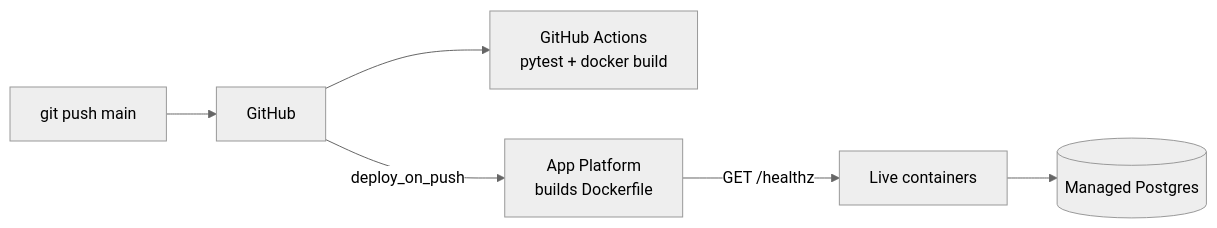
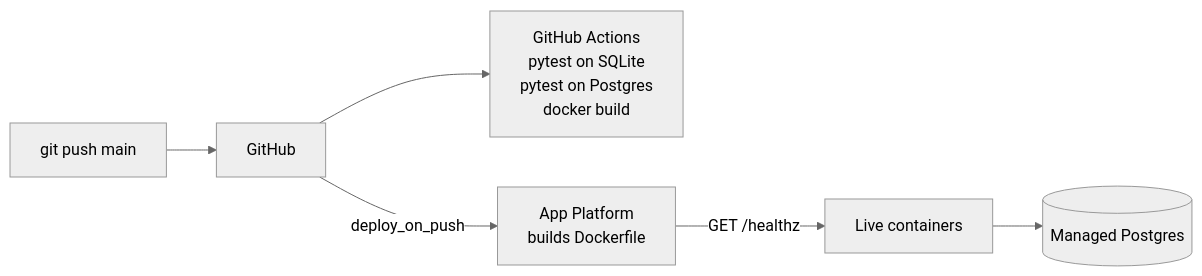
One commit to JulianMcOmie/url-shortener changed the second of 2 diagrams in README.md. Above: the diagram before and after it, drawn with Mermaid (neutral theme). The commit also changed other lines of this file and 2 other files, not shown here.

````diff
--- a/README.md
+++ b/README.md
@@ -126,8 +127,8 @@
 ```mermaid
 flowchart LR
     Dev[git push main] --> GH[GitHub]
-    GH --> CI["GitHub Actions<br/>pytest + docker build"]
+    GH --> CI["GitHub Actions<br/>pytest on SQLite<br/>pytest on Postgres<br/>docker build"]
     GH -- "deploy_on_push" --> AP["App Platform<br/>builds Dockerfile"]
     AP -- "GET /healthz" --> Live[Live containers]
     Live --> PG[(Managed Postgres)]
 ```
````
